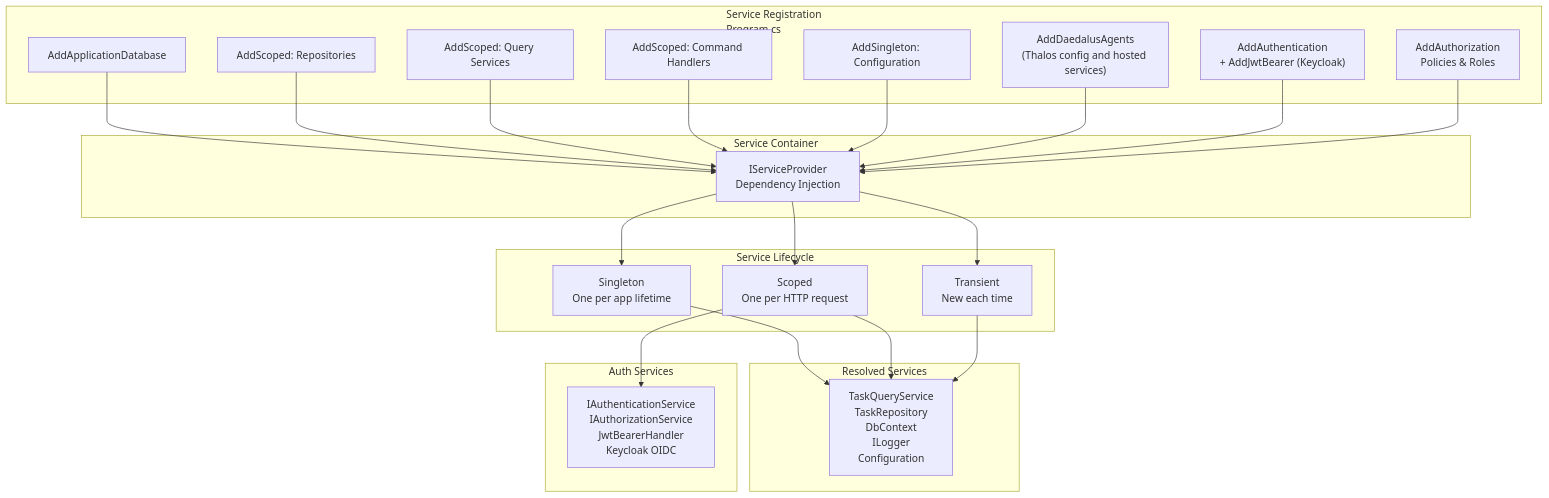
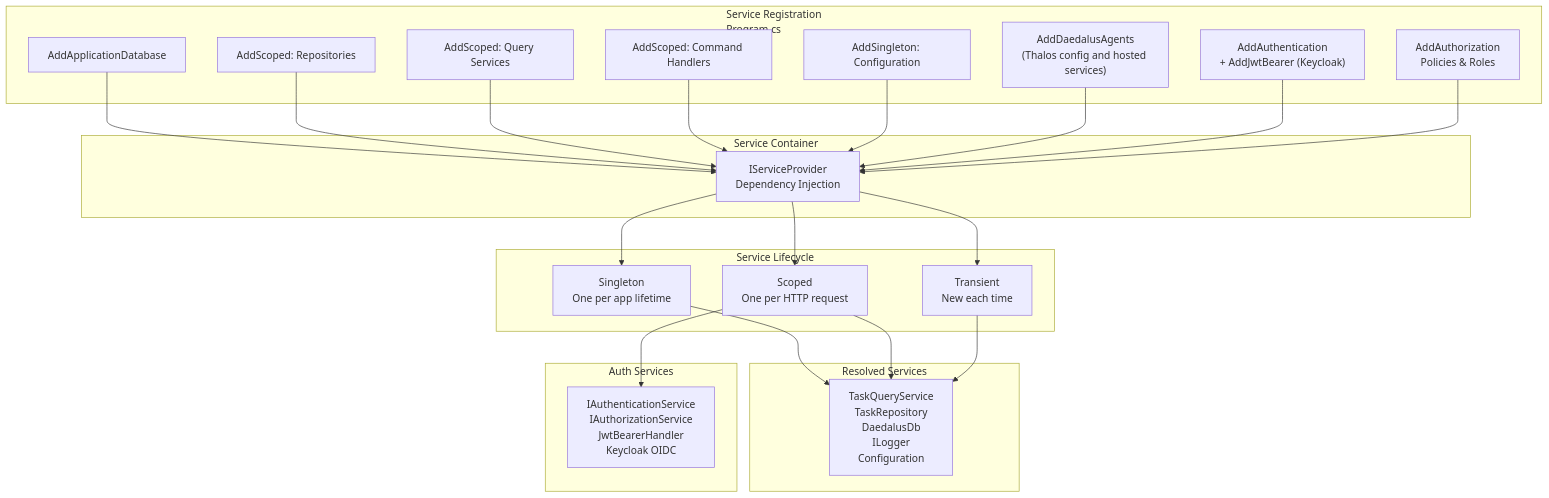
One commit to MarcelRoozekrans/Daedalus.NET changed the ninth of 24 diagrams in docs/architecture-diagrams.md. Above: the diagram before and after it, drawn with Mermaid. The commit also changed other lines of this file and 3 other files, not shown here.

````diff
--- a/docs/architecture-diagrams.md
+++ b/docs/architecture-diagrams.md
@@ -699,49 +701,49 @@
 ```mermaid
 graph TB
     subgraph "Service Registration<br/>Program.cs"
         REG1["AddApplicationDatabase"]
         REG2["AddScoped: Repositories"]
         REG3["AddScoped: Query Services"]
         REG4["AddScoped: Command Handlers"]
         REG5["AddSingleton: Configuration"]
         REG6["AddDaedalusAgents<br/>(Thalos config and hosted services)"]
         REG7["AddAuthentication<br/>+ AddJwtBearer (Keycloak)"]
         REG8["AddAuthorization<br/>Policies & Roles"]
     end
 
     subgraph "Service Container"
         DI["IServiceProvider<br/>Dependency Injection"]
     end
 
     subgraph "Service Lifecycle"
         SINGLETON["Singleton<br/>One per app lifetime"]
         SCOPED["Scoped<br/>One per HTTP request"]
         TRANSIENT["Transient<br/>New each time"]
     end
 
     subgraph "Resolved Services"
-        SERVICES["TaskQueryService<br/>TaskRepository<br/>DbContext<br/>ILogger<br/>Configuration"]
+        SERVICES["TaskQueryService<br/>TaskRepository<br/>DaedalusDb<br/>ILogger<br/>Configuration"]
     end
 
     subgraph "Auth Services"
         AUTH["IAuthenticationService<br/>IAuthorizationService<br/>JwtBearerHandler<br/>Keycloak OIDC"]
     end
 
     REG1 --> DI
     REG2 --> DI
     REG3 --> DI
     REG4 --> DI
     REG5 --> DI
     REG6 --> DI
     REG7 --> DI
     REG8 --> DI
 
     DI --> SINGLETON
     DI --> SCOPED
     DI --> TRANSIENT
 
     SINGLETON --> SERVICES
     SCOPED --> SERVICES
     TRANSIENT --> SERVICES
     SCOPED --> AUTH
 ```
````
